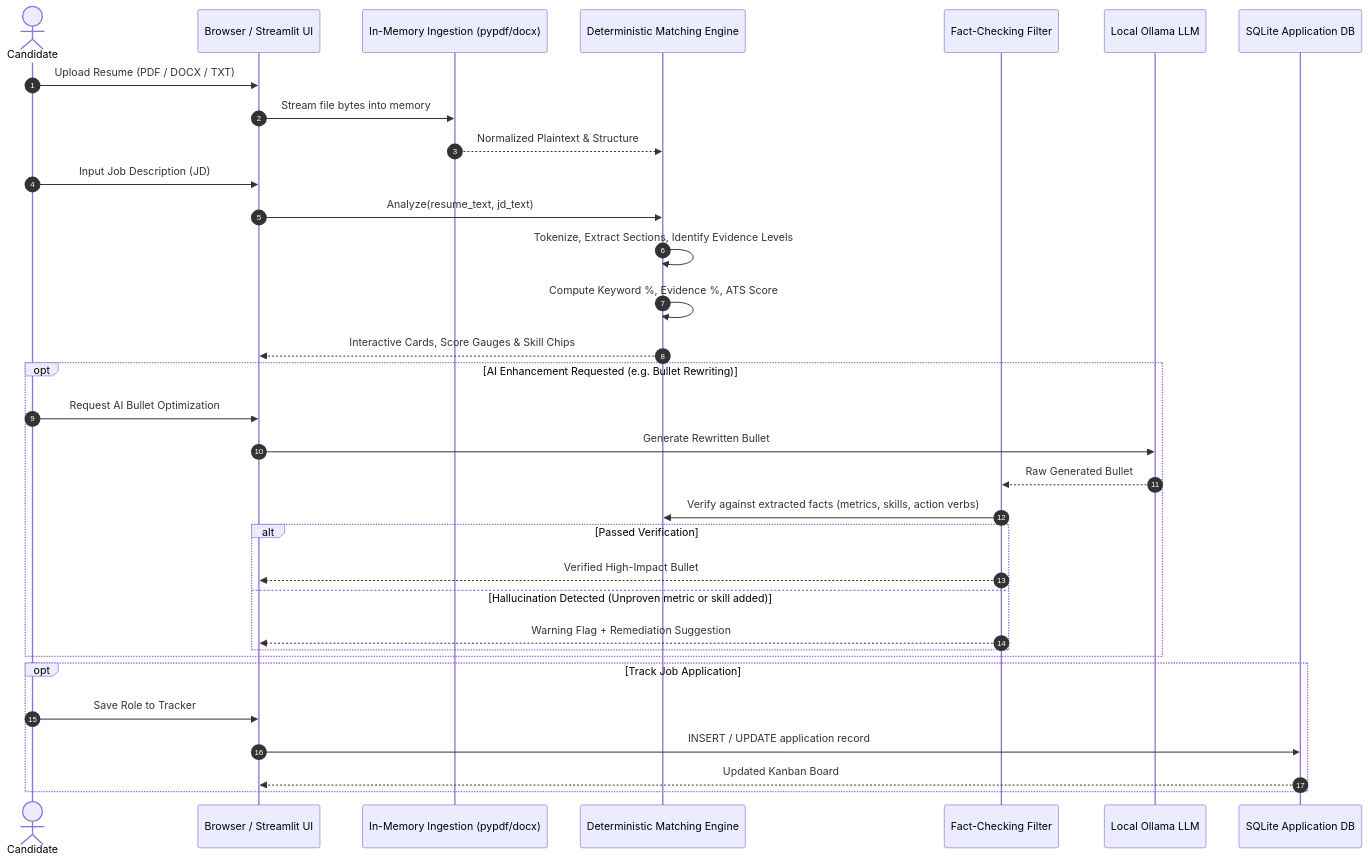
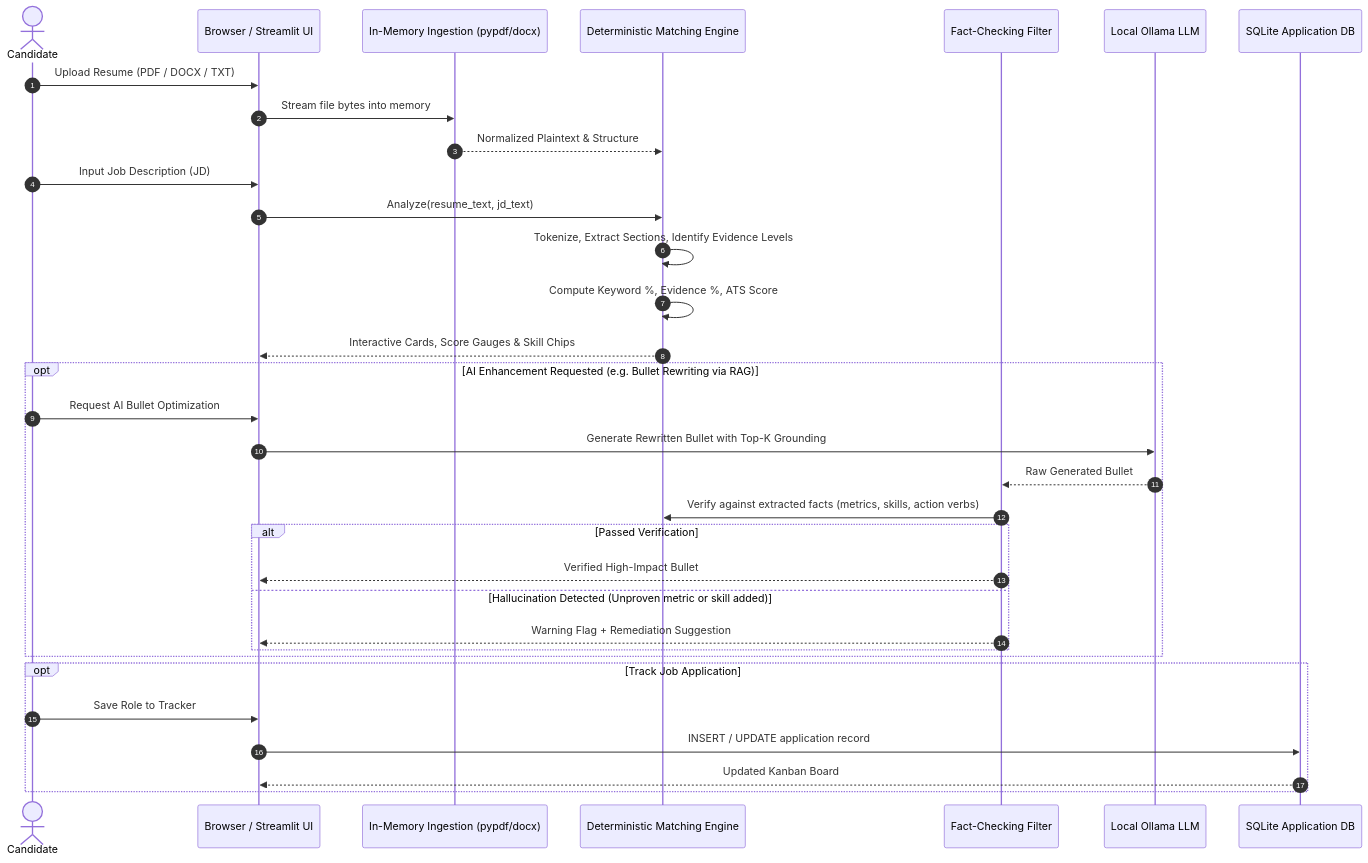
One commit to siddharthskyhub/resume-screening- changed the third of 5 diagrams in ARCHITECTURE.md. Above: the diagram before and after it, drawn with Mermaid. The commit also changed other lines of this file and 1 other file, not shown here.

Commit message:
docs: add Hybrid RAG, Reciprocal Rank Fusion, and anti-hallucination guardrail pipeline to README and ARCHITECTURE

````diff
--- a/ARCHITECTURE.md
+++ b/ARCHITECTURE.md
@@ -98,39 +159,39 @@
 ```mermaid
 sequenceDiagram
     autonumber
     actor User as Candidate
     participant UI as Browser / Streamlit UI
     participant Parser as In-Memory Ingestion (pypdf/docx)
     participant Core as Deterministic Matching Engine
     participant Guard as Fact-Checking Filter
     participant Ollama as Local Ollama LLM
     participant DB as SQLite Application DB
 
     User->>UI: Upload Resume (PDF / DOCX / TXT)
     UI->>Parser: Stream file bytes into memory
     Parser-->>Core: Normalized Plaintext & Structure
     
     User->>UI: Input Job Description (JD)
     UI->>Core: Analyze(resume_text, jd_text)
     Core->>Core: Tokenize, Extract Sections, Identify Evidence Levels
     Core->>Core: Compute Keyword %, Evidence %, ATS Score
     Core-->>UI: Interactive Cards, Score Gauges & Skill Chips
 
-    opt AI Enhancement Requested (e.g. Bullet Rewriting)
+    opt AI Enhancement Requested (e.g. Bullet Rewriting via RAG)
         User->>UI: Request AI Bullet Optimization
-        UI->>Ollama: Generate Rewritten Bullet
+        UI->>Ollama: Generate Rewritten Bullet with Top-K Grounding
         Ollama-->>Guard: Raw Generated Bullet
         Guard->>Core: Verify against extracted facts (metrics, skills, action verbs)
         alt Passed Verification
             Guard-->>UI: Verified High-Impact Bullet
         else Hallucination Detected (Unproven metric or skill added)
             Guard-->>UI: Warning Flag + Remediation Suggestion
         end
     end
 
     opt Track Job Application
         User->>UI: Save Role to Tracker
         UI->>DB: INSERT / UPDATE application record
         DB-->>UI: Updated Kanban Board
     end
 ```
````
